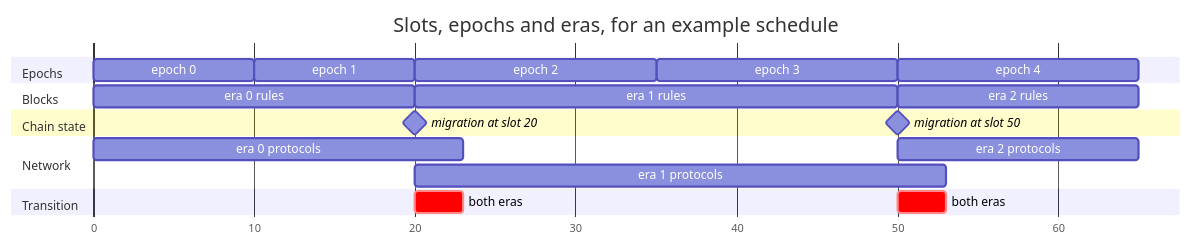
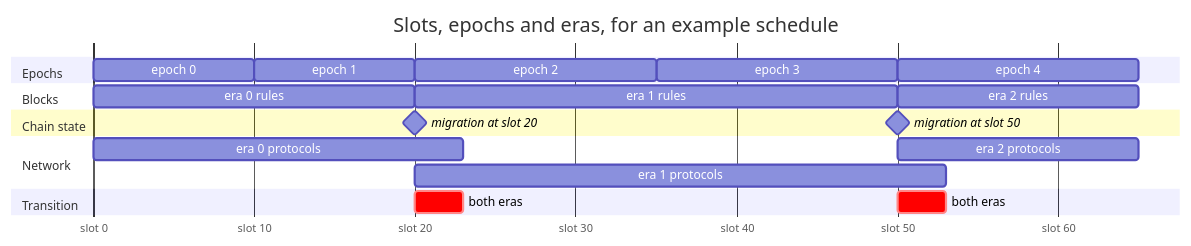
One commit to logos-co/logos-lips changed the first of 4 diagrams in docs/blockchain/raw/bedrock-eras.md. Above: the diagram before and after it, drawn with Mermaid.

Commit message:
docs(blockchain): label the era timeline axis in slots

````diff
--- a/docs/blockchain/raw/bedrock-eras.md
+++ b/docs/blockchain/raw/bedrock-eras.md
@@ -36,31 +36,31 @@
 ```mermaid
 ---
 displayMode: compact
 ---
 gantt
     title Slots, epochs and eras, for an example schedule
     dateFormat X
-    axisFormat %s
+    axisFormat slot %s
     tickInterval 10second
     todayMarker off
     section Epochs
         epoch 0 : p0, 0, 10s
         epoch 1 : p1, after p0, 10s
         epoch 2 : p2, after p1, 15s
         epoch 3 : p3, after p2, 15s
         epoch 4 : p4, after p3, 15s
     section Blocks
         era 0 rules : r0, 0, 20s
         era 1 rules : r1, after r0, 30s
         era 2 rules : r2, after r1, 15s
     section Chain state
         migration at slot 20 : milestone, m1, after r0, 0s
         migration at slot 50 : milestone, m2, after r1, 0s
     section Network
         era 0 protocols : n0, 0, 23s
         era 1 protocols : n1, after r0, 33s
         era 2 protocols : n2, after r1, 15s
     section Transition
         both eras : crit, t1, after r0, 3s
         both eras : crit, t2, after r1, 3s
 ```
````
